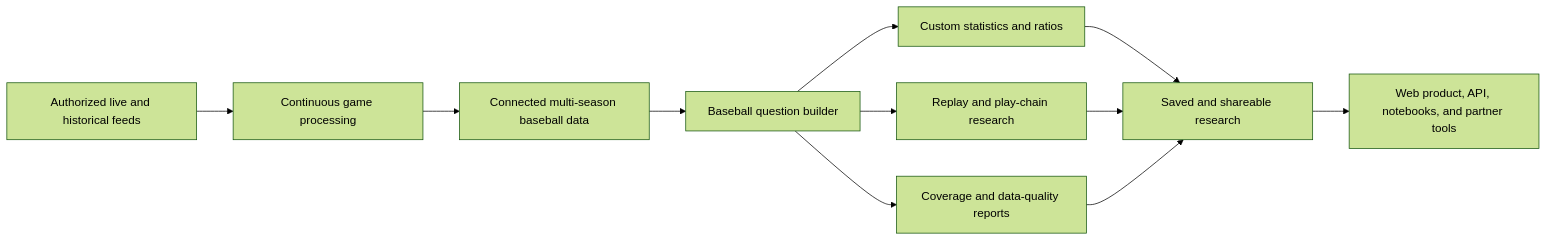
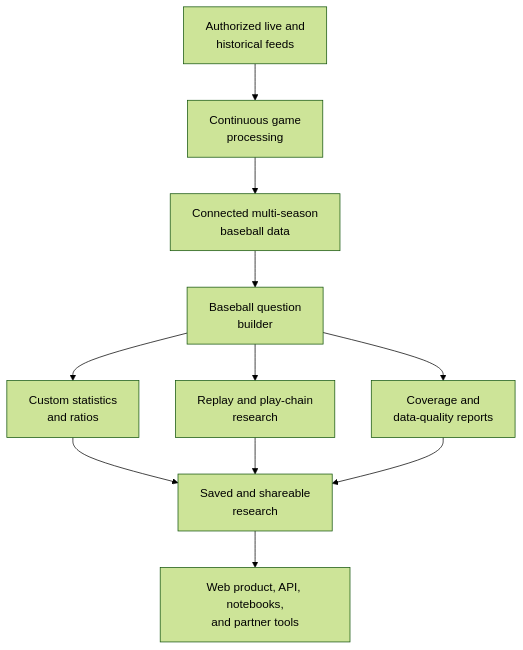
One commit to CarterBeauBenson/BaseballO changed the second of 2 diagrams in README.md. Above: the diagram before and after it, drawn with Mermaid (forest theme). The commit also changed other lines of this file, not shown here.

Commit message:
Fix README Mermaid label wrapping

````diff
--- a/README.md
+++ b/README.md
@@ -159,13 +159,13 @@
 ```mermaid
-flowchart LR
-    A["Authorized live and historical feeds"] --> B["Continuous game processing"]
-    B --> C["Connected multi-season baseball data"]
-    C --> D["Baseball question builder"]
-    D --> E["Custom statistics and ratios"]
-    D --> F["Replay and play-chain research"]
-    D --> G["Coverage and data-quality reports"]
-    E --> H["Saved and shareable research"]
+flowchart TD
+    A["Authorized live and<br/>historical feeds"] --> B["Continuous game<br/>processing"]
+    B --> C["Connected multi-season<br/>baseball data"]
+    C --> D["Baseball question<br/>builder"]
+    D --> E["Custom statistics<br/>and ratios"]
+    D --> F["Replay and play-chain<br/>research"]
+    D --> G["Coverage and<br/>data-quality reports"]
+    E --> H["Saved and shareable<br/>research"]
     F --> H
     G --> H
-    H --> I["Web product, API, notebooks, and partner tools"]
+    H --> I["Web product, API, notebooks,<br/>and partner tools"]
 ```
````
